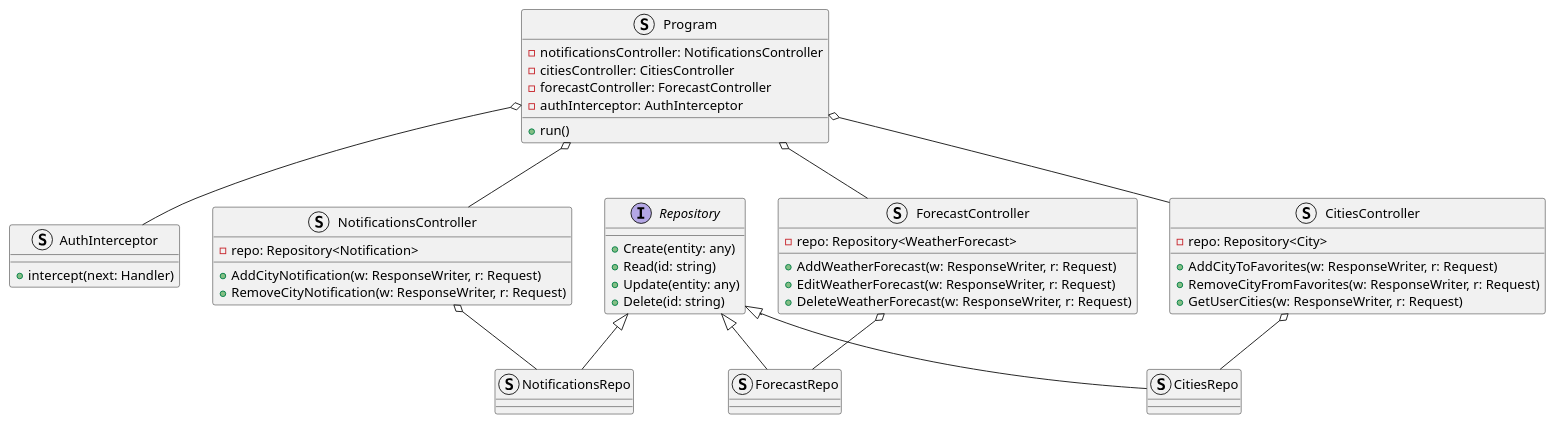
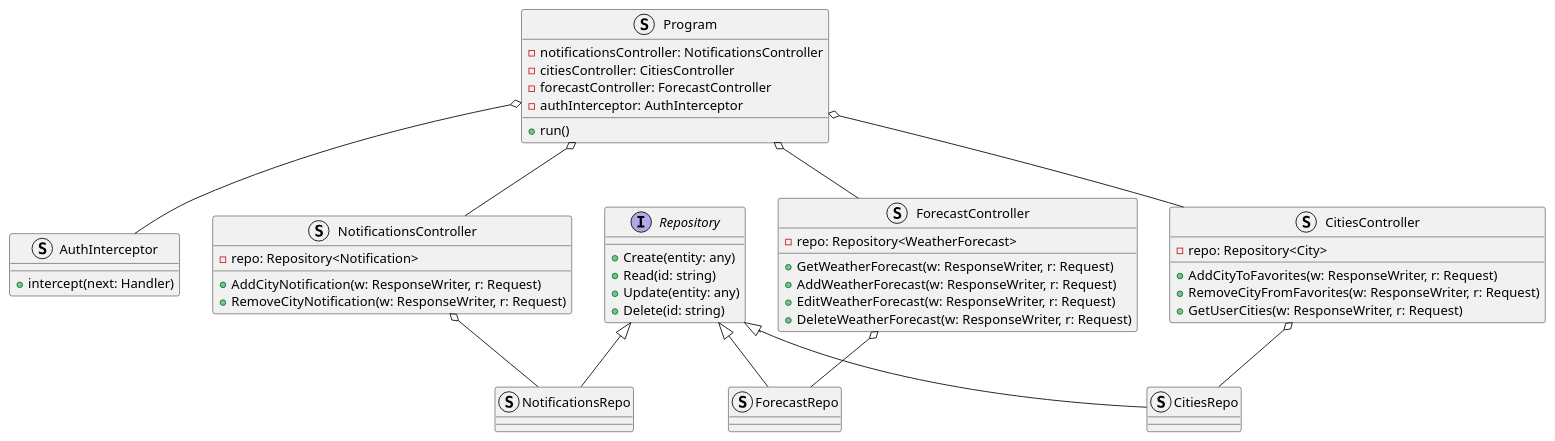
The diagram in tssa/lab/lab-04-07.04.2024/server.puml (kiIIer/kpi-6), drawn with PlantUML before and after one commit. The commit also changed 4 other files, not shown here.

```diff
--- a/tssa/lab/lab-04-07.04.2024/server.puml
+++ b/tssa/lab/lab-04-07.04.2024/server.puml
@@ -1,64 +1,65 @@
-@startuml
+@startuml server
 
 struct ForecastController {
     -repo: Repository<WeatherForecast>
+    +GetWeatherForecast(w: ResponseWriter, r: Request)
     +AddWeatherForecast(w: ResponseWriter, r: Request)
     +EditWeatherForecast(w: ResponseWriter, r: Request)
     +DeleteWeatherForecast(w: ResponseWriter, r: Request)
 }
 
 struct CitiesController {
     -repo: Repository<City>
     +AddCityToFavorites(w: ResponseWriter, r: Request)
     +RemoveCityFromFavorites(w: ResponseWriter, r: Request)
     +GetUserCities(w: ResponseWriter, r: Request)
 }
 
 struct NotificationsController {
     -repo: Repository<Notification>
     +AddCityNotification(w: ResponseWriter, r: Request)
     +RemoveCityNotification(w: ResponseWriter, r: Request)
 }
 
 interface Repository {
     +Create(entity: any)
     +Read(id: string)
     +Update(entity: any)
     +Delete(id: string)
 }
 
 struct ForecastRepo {
 }
 
 struct CitiesRepo {
 }
 
 struct NotificationsRepo {
 }
 
 struct AuthInterceptor {
     +intercept(next: Handler)
 }
 
 struct Program {
     -notificationsController: NotificationsController
     -citiesController: CitiesController
     -forecastController: ForecastController
     -authInterceptor: AuthInterceptor
     +run()
 }
 
 ForecastRepo -up-|> Repository
 CitiesRepo -up-|> Repository
 NotificationsRepo -up-|> Repository
 
 ForecastRepo -up-o ForecastController
 CitiesRepo -up-o CitiesController
 NotificationsRepo -up-o NotificationsController
 
 ForecastController -up-o Program
 CitiesController -up-o Program
 NotificationsController -up-o Program
 AuthInterceptor -up-o Program
 
 @enduml
```
